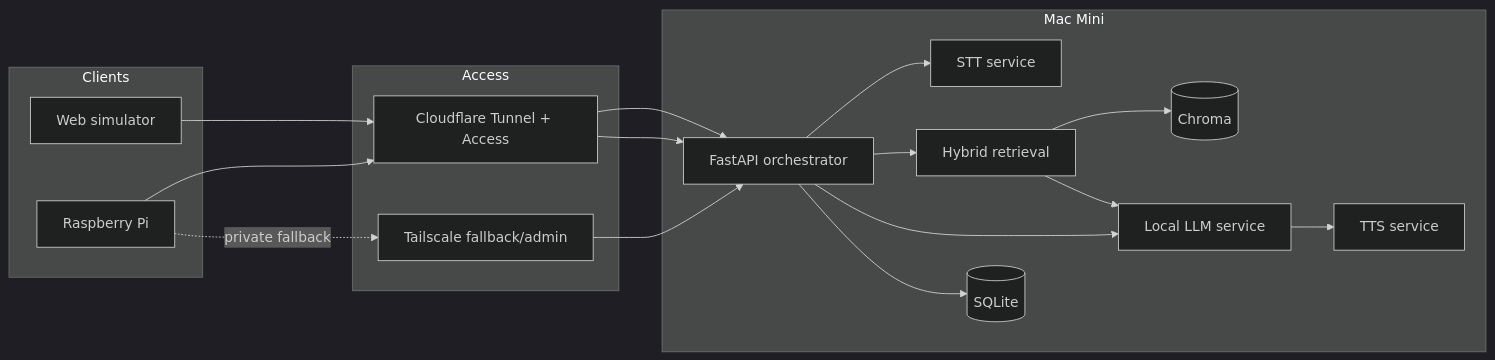
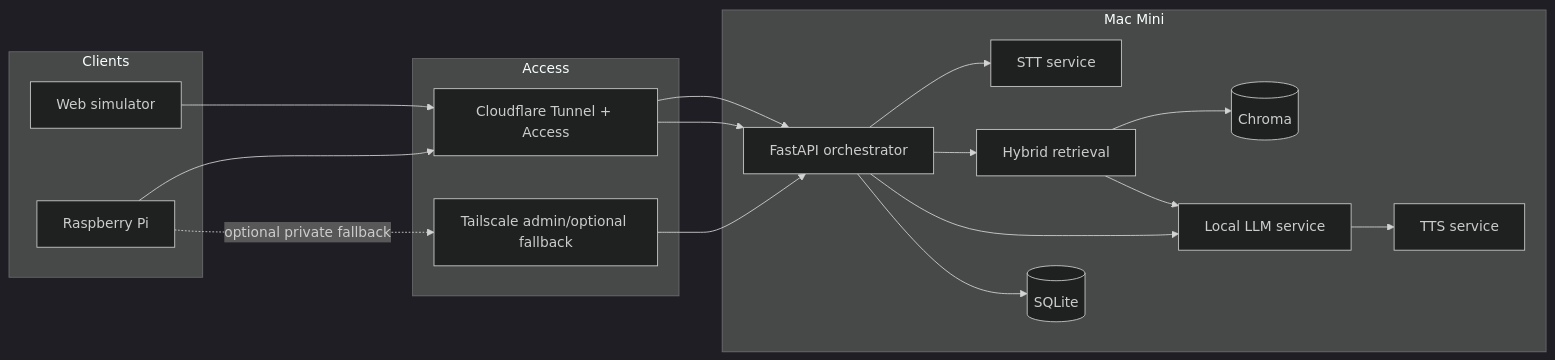
Before and after one commit to Lookieman/kaki-talkie: the diagram in README.md, drawn with Mermaid (dark theme). The commit also changed other lines of this file and 6 other files, not shown here.

````diff
--- a/README.md
+++ b/README.md
@@ -40,32 +34,31 @@
 ```mermaid
 flowchart LR
     subgraph CLIENTS["Clients"]
         SIM["Web simulator"]
         PI["Raspberry Pi"]
     end
 
     subgraph EDGE["Access"]
         CF["Cloudflare Tunnel + Access"]
-        TS["Tailscale fallback/admin"]
+        TS["Tailscale admin/optional fallback"]
     end
 
     subgraph MAC["Mac Mini"]
         API["FastAPI orchestrator"]
         STT["STT service"]
         RAG["Hybrid retrieval"]
         LLM["Local LLM service"]
         TTS["TTS service"]
         DB[("SQLite")]
         VDB[("Chroma")]
     end
 
     SIM --> CF --> API
     PI --> CF --> API
-    PI -. "private fallback" .-> TS --> API
-
+    PI -. "optional private fallback" .-> TS --> API
     API --> STT
     API --> RAG --> VDB
     RAG --> LLM
     API --> LLM --> TTS
     API --> DB
 ```
````
